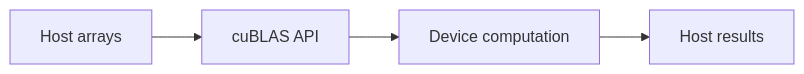
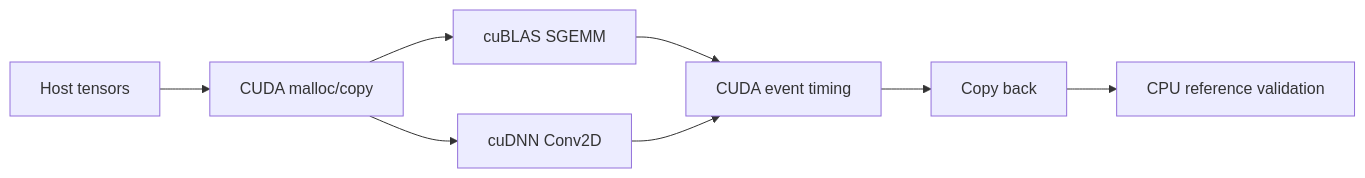
The diagram in README.md (mneha05/cublas-demo), drawn with Mermaid before and after one commit. The commit also changed other lines of this file, not shown here.

Commit message:
Expand into cuBLAS and cuDNN benchmark

````diff
--- a/README.md
+++ b/README.md
@@ -26,6 +16,10 @@
 ```mermaid
 flowchart LR
-	A[Host arrays] --> B[cuBLAS API]
-	B --> C[Device computation]
-	C --> D[Host results]
+  A[Host tensors] --> B[CUDA malloc/copy]
+  B --> C1[cuBLAS SGEMM]
+  B --> C2[cuDNN Conv2D]
+  C1 --> D[CUDA event timing]
+  C2 --> D
+  D --> E[Copy back]
+  E --> F[CPU reference validation]
 ```
````
